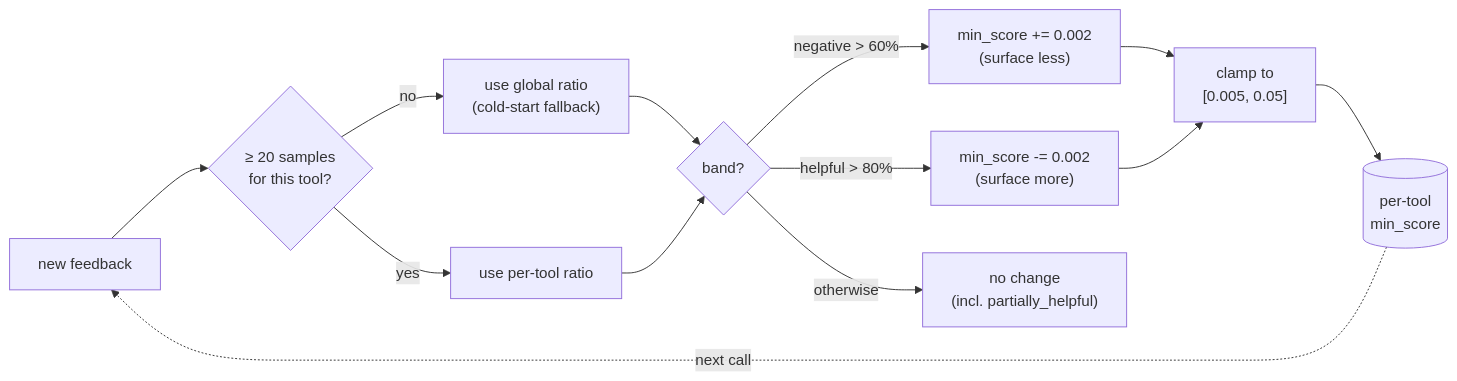
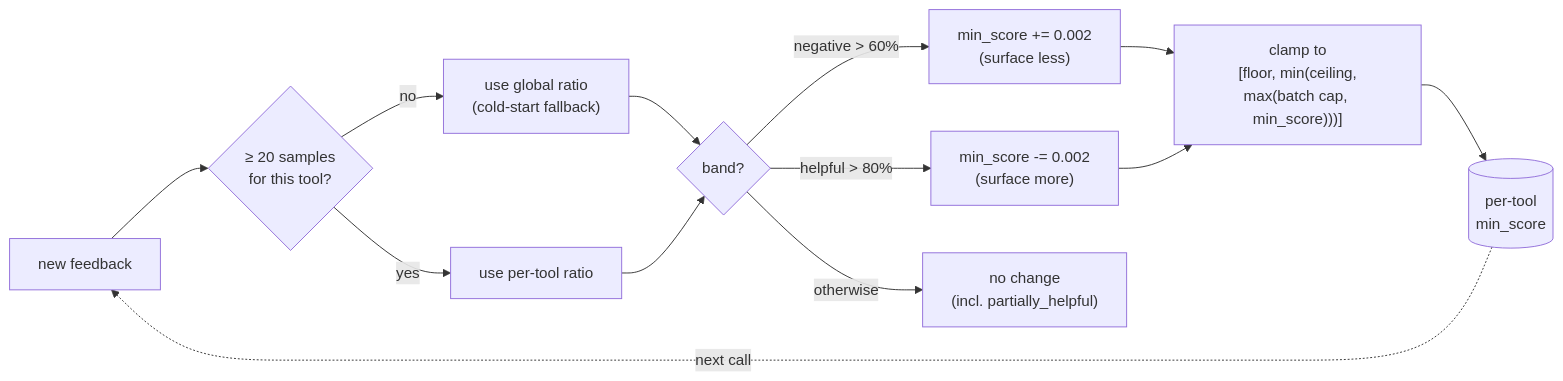
One commit to memtomem/memtomem-stm changed the fifth of 5 diagrams in docs/surfacing.md. Above: the diagram before and after it, drawn with Mermaid. The commit also changed other lines of this file and 9 other files, not shown here.

````diff
--- a/docs/surfacing.md
+++ b/docs/surfacing.md
@@ -628,15 +651,15 @@
 ```mermaid
 flowchart LR
     Sample["new feedback"] --> N{"≥ 20 samples<br/>for this tool?"}
     N -->|no| Cold["use global ratio<br/>(cold-start fallback)"]
     N -->|yes| Local["use per-tool ratio"]
     Cold --> R{"band?"}
     Local --> R
     R -->|"negative > 60%"| Up["min_score += 0.002<br/>(surface less)"]
     R -->|"helpful > 80%"| Down["min_score -= 0.002<br/>(surface more)"]
     R -->|"otherwise"| Hold["no change<br/>(incl. partially_helpful)"]
-    Up --> Cap["clamp to<br/>[0.005, 0.05]"]
+    Up --> Cap["clamp to<br/>[floor, min(ceiling,<br/>max(batch cap, min_score)))]"]
     Down --> Cap
     Cap --> Tool[("per-tool<br/>min_score")]
     Tool -.->|next call| Sample
 ```
````
